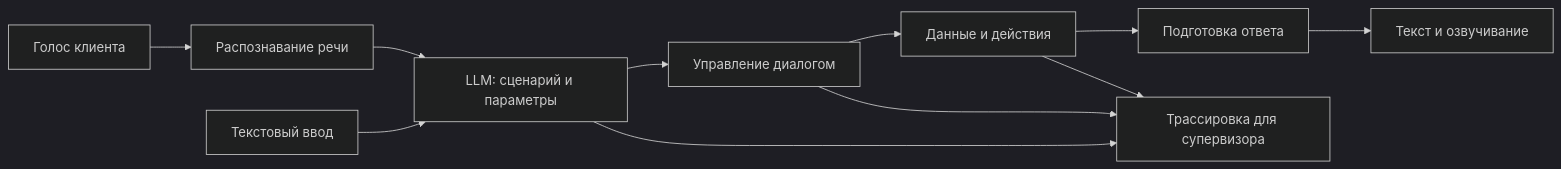
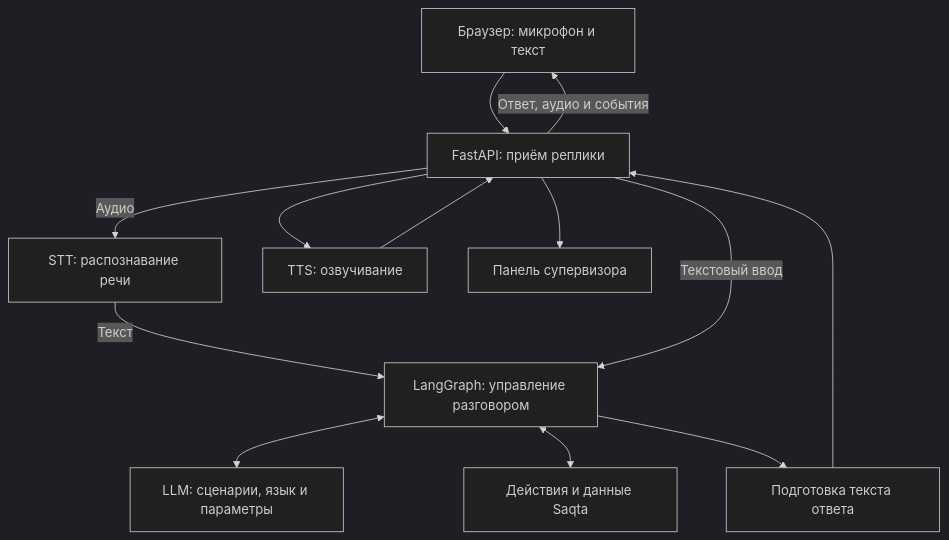
The diagram in README.md (BAITC-Hacks/hack-63569893-ml-empire), drawn with Mermaid (dark theme) before and after one commit. The commit also changed other lines of this file, not shown here.

````diff
--- a/README.md
+++ b/README.md
@@ -13,13 +81,15 @@
 ```mermaid
-flowchart LR
-    A[Голос клиента] --> B[Распознавание речи]
-    B --> C[LLM: сценарий и параметры]
-    T[Текстовый ввод] --> C
-    C --> D[Управление диалогом]
-    D --> E[Данные и действия]
-    E --> F[Подготовка ответа]
-    F --> G[Текст и озвучивание]
-    C --> H[Трассировка для супервизора]
-    D --> H
-    E --> H
+flowchart TD
+    UI[Браузер: микрофон и текст] --> API[FastAPI: приём реплики]
+    API -->|Аудио| STT[STT: распознавание речи]
+    STT -->|Текст| GRAPH[LangGraph: управление разговором]
+    API -->|Текстовый ввод| GRAPH
+    GRAPH <--> LLM[LLM: сценарии, язык и параметры]
+    GRAPH <--> ACTIONS[Действия и данные Saqta]
+    GRAPH --> REPLY[Подготовка текста ответа]
+    REPLY --> API
+    API --> TTS[TTS: озвучивание]
+    TTS --> API
+    API -->|Ответ, аудио и события| UI
+    API --> TRACE[Панель супервизора]
 ```
````
